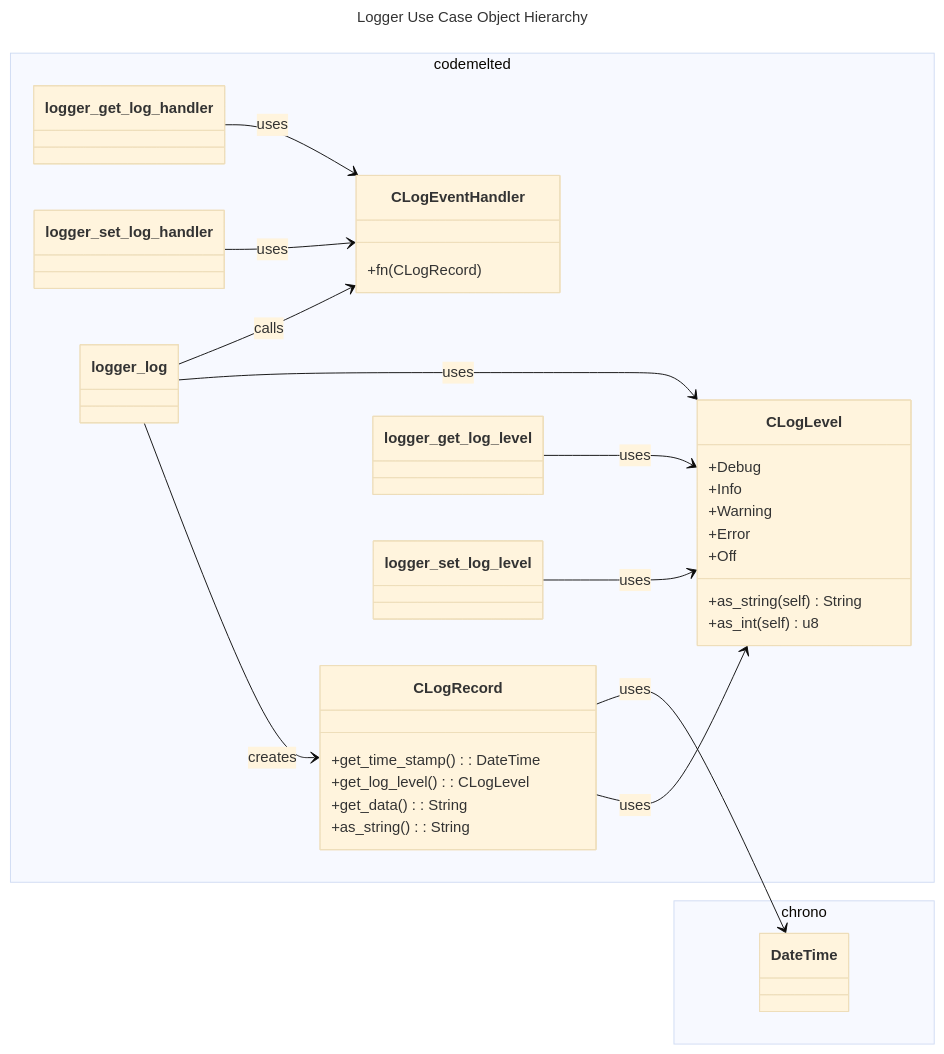
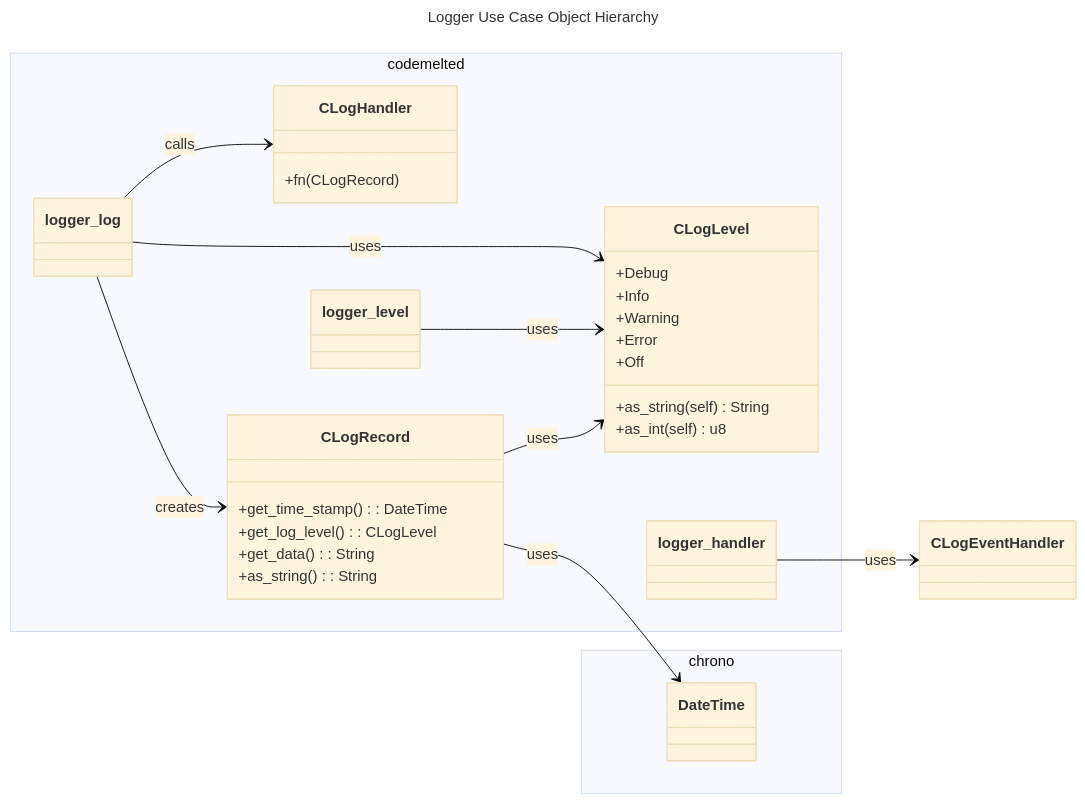
One commit to CodeMelted/codemelted.rs changed the diagram in models/codemelted_logger.mmd. Above: the diagram before and after it, drawn with Mermaid (base theme). The commit also changed 5 other files, not shown here.

```diff
--- a/models/codemelted_logger.mmd
+++ b/models/codemelted_logger.mmd
@@ -1,42 +1,39 @@
 ---
 title: Logger Use Case Object Hierarchy
 ---
 classDiagram
   direction LR
   namespace codemelted {
+    class CLogHandler {
+      +fn(CLogRecord)
+    }
     class CLogLevel {
       +Debug
       +Info
       +Warning
       +Error
       +Off
       +as_string(self) String
       +as_int(self) u8
     }
     class CLogRecord {
       +get_time_stamp(): DateTime
       +get_log_level(): CLogLevel
       +get_data(): String
       +as_string(): String
     }
-    class CLogEventHandler {
-      +fn(CLogRecord)
-    }
-    class logger_get_log_level
-    class logger_set_log_level
-    class logger_get_log_handler
-    class logger_set_log_handler
+
+    class logger_level
+    class logger_handler
     class logger_log
   }
   namespace chrono {
     class DateTime
   }
   CLogRecord --> CLogLevel: uses
   CLogRecord --> DateTime: uses
-  logger_get_log_level --> CLogLevel: uses
-  logger_set_log_level --> CLogLevel: uses
-  logger_get_log_handler --> CLogEventHandler: uses
-  logger_set_log_handler --> CLogEventHandler: uses
+  logger_level --> CLogLevel: uses
+  logger_handler --> CLogEventHandler: uses
   logger_log --> CLogRecord: creates
   logger_log --> CLogLevel: uses
-  logger_log --> CLogEventHandler: calls
+  logger_log --> CLogHandler: calls
```
